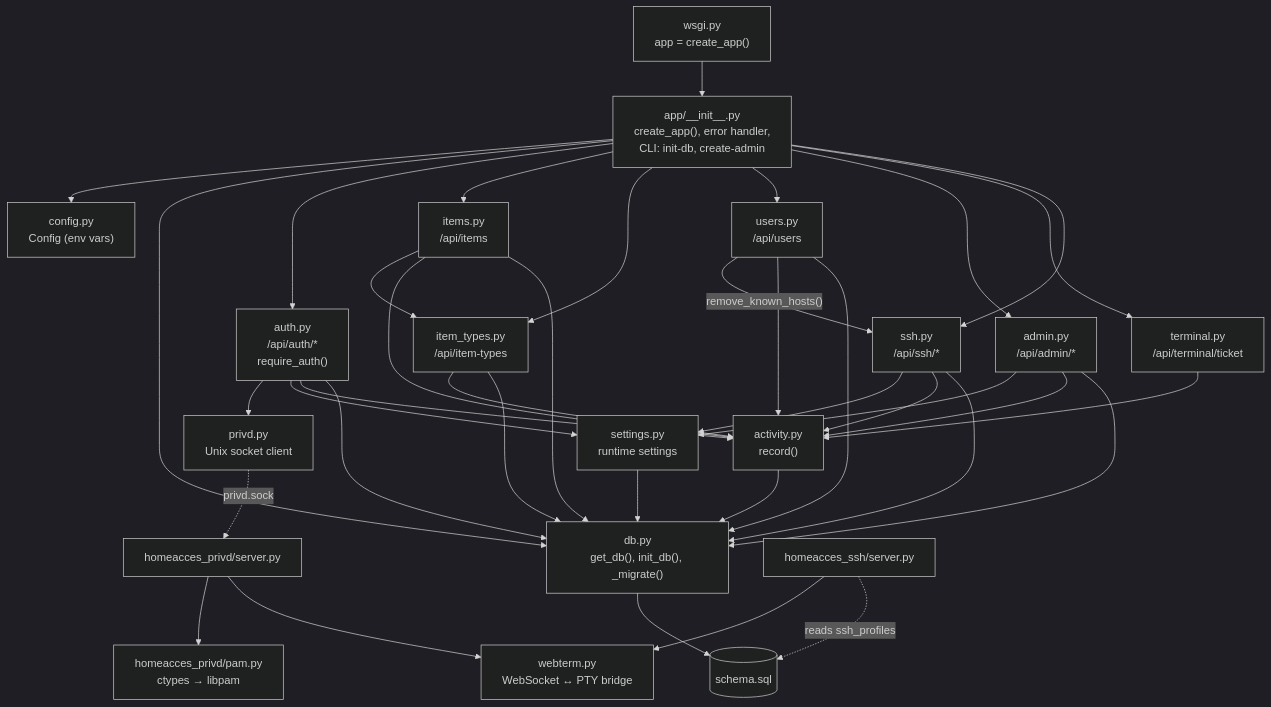
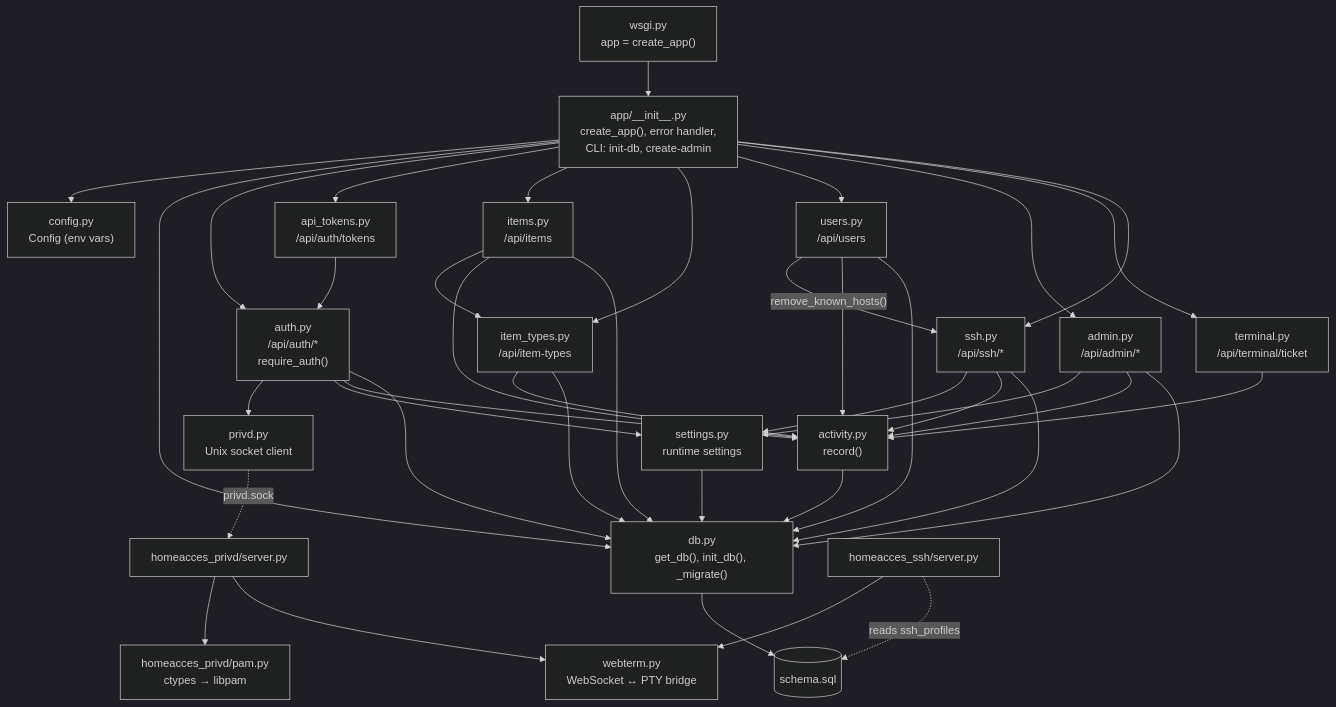
Before and after one commit to juanecito/Home_Access_Web: the first of 9 diagrams in doc/02-backend.md, drawn with Mermaid (dark theme). The commit also changed other lines of this file and 16 other files, not shown here.

````diff
--- a/doc/02-backend.md
+++ b/doc/02-backend.md
@@ -20,27 +20,29 @@
 ```mermaid
 flowchart TB
     W["wsgi.py<br/>app = create_app()"] --> I["app/__init__.py<br/>create_app(), error handler,<br/>CLI: init-db, create-admin"]
     I --> CFG["config.py<br/>Config (env vars)"]
     I --> DBM["db.py<br/>get_db(), init_db(), _migrate()"]
     I --> AUTH["auth.py<br/>/api/auth/*<br/>require_auth()"]
+    I --> PAT["api_tokens.py<br/>/api/auth/tokens"]
+    PAT --> AUTH
     I --> ITEMS["items.py<br/>/api/items"]
     I --> TYPES["item_types.py<br/>/api/item-types"]
     I --> USERS["users.py<br/>/api/users"]
     I --> ADMIN["admin.py<br/>/api/admin/*"]
     I --> TERM["terminal.py<br/>/api/terminal/ticket"]
     I --> SSHB["ssh.py<br/>/api/ssh/*"]
 
     AUTH --> PRIVC["privd.py<br/>Unix socket client"]
     AUTH --> SET["settings.py<br/>runtime settings"]
     ADMIN & SSHB --> SET
     ITEMS --> TYPES
     USERS -- "remove_known_hosts()" --> SSHB
     AUTH & ITEMS & TYPES & USERS & ADMIN & TERM & SSHB --> ACT["activity.py<br/>record()"]
     AUTH & ITEMS & TYPES & USERS & ADMIN & SSHB & SET & ACT --> DBM
     DBM --> SQL[("schema.sql")]
 
     PRIVC -. "privd.sock" .-> SRV["homeacces_privd/server.py"]
     SRV --> PAMPY["homeacces_privd/pam.py<br/>ctypes → libpam"]
     SRV & SSHSRV["homeacces_ssh/server.py"] --> WT["webterm.py<br/>WebSocket ↔ PTY bridge"]
     SSHSRV -. "reads ssh_profiles" .-> SQL
 ```
````
